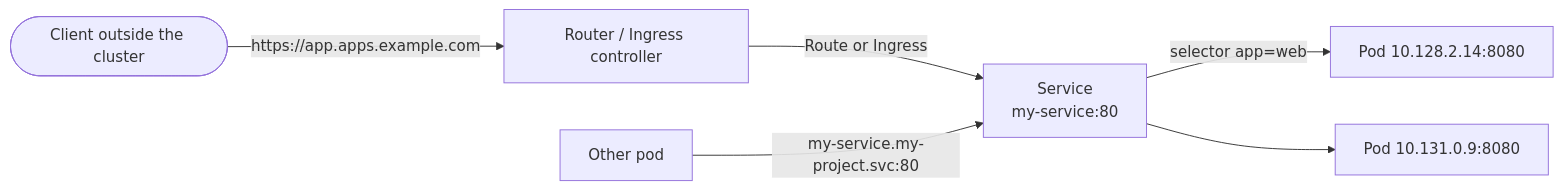
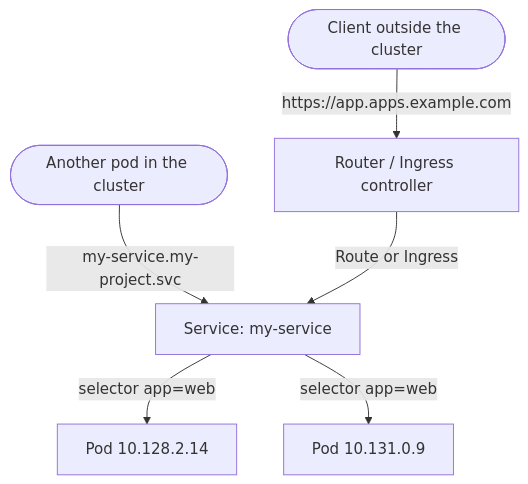
Before and after one commit to ibm-cloud-architecture/cloud-native-bootcamp: the diagram in docs/openshift/services-networking/index.md, drawn with Mermaid. The commit also changed 2 other files, not shown here.

Commit message:
Carbon-based light/dark theme and self-hosted IBM Plex fonts
- Dark mode: links, active nav items and buttons used the near-black
  primary color and were invisible; code, tables and panels used Material's
  blue-gray slate hue against a neutral page. Replace the partial overrides
  with full Carbon White (light) and Gray 100 (dark) token sets
- IBM blue links (#0f62fe / #78a9ff), Carbon-style square buttons, tags,
  cards, tables and tabs; header separator and opaque sticky nav titles
- Load IBM Plex Sans 300-700 and Plex Mono 400-600 (Material's loader only
  requested 300/400/700, so 500/600 headings were synthesized) and self-host
  them with the privacy plugin so they work where Google Fonts is blocked
- Mermaid colors follow the theme; networking diagram laid out top-down so
  it renders at a readable size
- Nav: list Containers Lab as its own entry (it was being absorbed as the
  'Labs' section index)

````diff
--- a/docs/openshift/services-networking/index.md
+++ b/docs/openshift/services-networking/index.md
@@ -11,8 +11,8 @@
 ```mermaid
-flowchart LR
-    user([Client outside the cluster]) -->|https://app.apps.example.com| router[Router / Ingress controller]
-    router -->|Route or Ingress| svc[Service<br/>my-service:80]
-    svc -->|selector app=web| p1[Pod 10.128.2.14:8080]
-    svc --> p2[Pod 10.131.0.9:8080]
-    other[Other pod] -->|my-service.my-project.svc:80| svc
+flowchart TB
+    user([Client outside the cluster]) -->|"https://app.apps.example.com"| router[Router / Ingress controller]
+    other([Another pod in the cluster]) -->|"my-service.my-project.svc"| svc
+    router -->|Route or Ingress| svc[Service: my-service]
+    svc -->|"selector app=web"| p1[Pod 10.128.2.14]
+    svc -->|"selector app=web"| p2[Pod 10.131.0.9]
 ```
````
